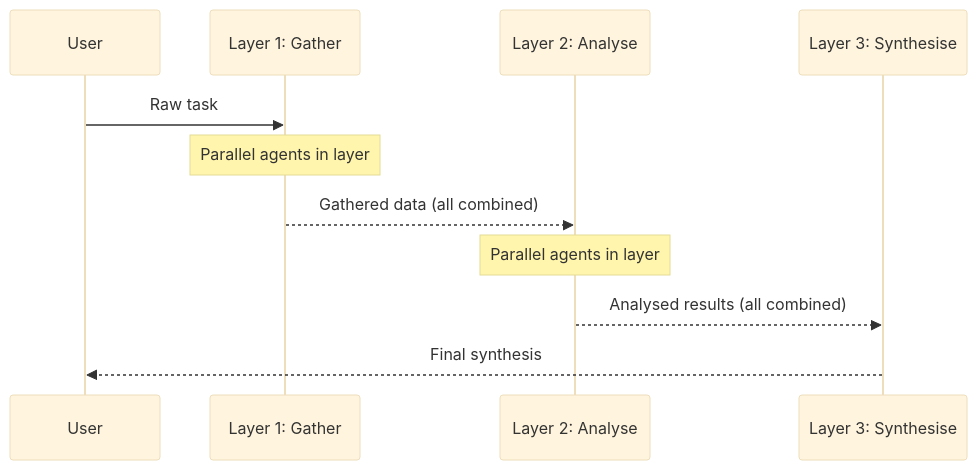
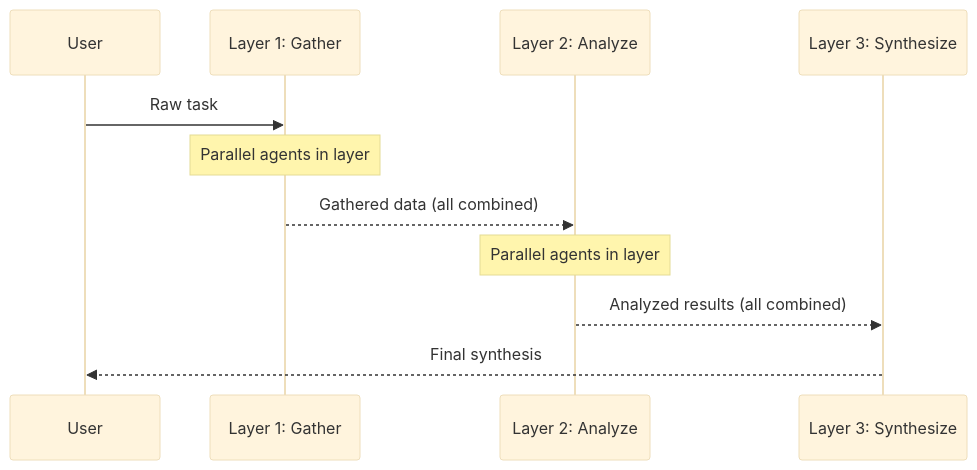
One commit to pyagent-core/pyagent changed the diagram in docs/packages/patterns/structural/layered.md. Above: the diagram before and after it, drawn with Mermaid (base theme). The commit also changed other lines of this file and 135 other files, not shown here.

````diff
--- a/docs/packages/patterns/structural/layered.md
+++ b/docs/packages/patterns/structural/layered.md
@@ -12,14 +16,14 @@
 ```mermaid
 sequenceDiagram
     participant U as User
     participant L1 as Layer 1: Gather
-    participant L2 as Layer 2: Analyse
-    participant L3 as Layer 3: Synthesise
+    participant L2 as Layer 2: Analyze
+    participant L3 as Layer 3: Synthesize
 
     U->>L1: Raw task
     note over L1: Parallel agents in layer
     L1-->>L2: Gathered data (all combined)
     note over L2: Parallel agents in layer
-    L2-->>L3: Analysed results (all combined)
+    L2-->>L3: Analyzed results (all combined)
     L3-->>U: Final synthesis
 ```
````
